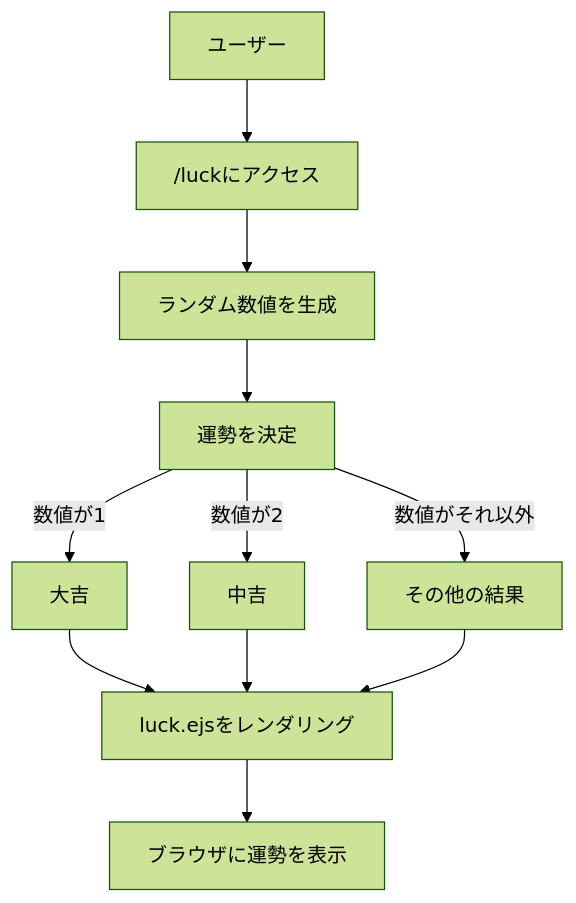
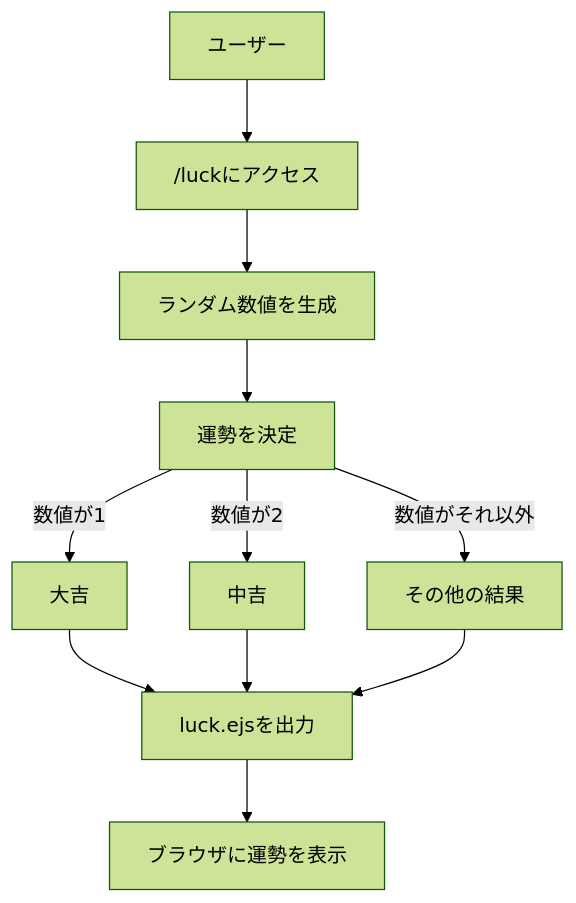
One commit to OzekiSouichirou/webpro_06 changed the third of 6 diagrams in README.md. Above: the diagram before and after it, drawn with Mermaid (forest theme). The commit also changed other lines of this file and 1 other file, not shown here.

````diff
--- a/README.md
+++ b/README.md
@@ -100,13 +100,13 @@
 ```mermaid
 flowchart TD;
 ユーザー --> /luckにアクセス;
 /luckにアクセス --> ランダム数値を生成;
 ランダム数値を生成 --> 運勢を決定;
 運勢を決定 -->|数値が1| 大吉;
 運勢を決定 -->|数値が2| 中吉;
 運勢を決定 -->|数値がそれ以外| その他の結果;
-大吉 --> luck.ejsをレンダリング;
-中吉 --> luck.ejsをレンダリング;
-その他の結果 --> luck.ejsをレンダリング;
-luck.ejsをレンダリング --> ブラウザに運勢を表示;
+大吉 --> luck.ejsを出力;
+中吉 --> luck.ejsを出力;
+その他の結果 --> luck.ejsを出力;
+luck.ejsを出力 --> ブラウザに運勢を表示;
 ```
````
